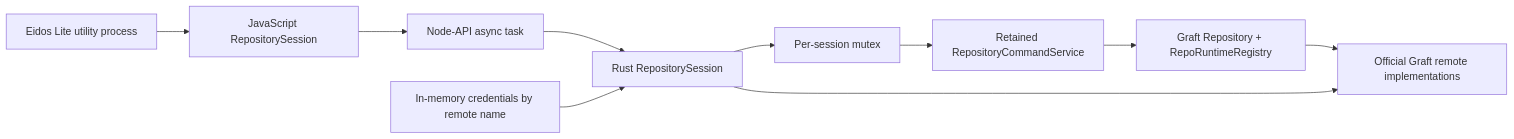
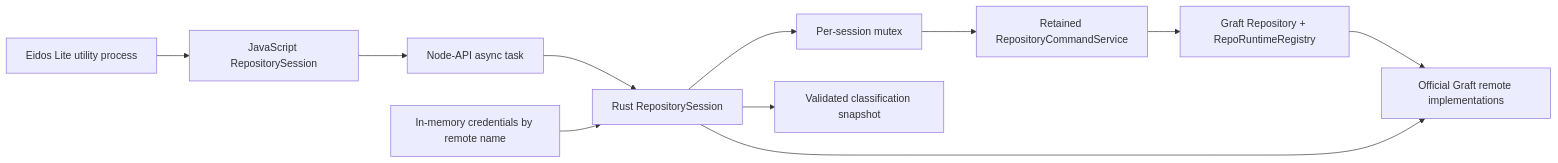
One commit to eidos-space/graft changed the first of 2 diagrams in docs/sdk-architecture.md. Above: the diagram before and after it, drawn with Mermaid. The commit also changed other lines of this file and 13 other files, not shown here.

````diff
--- a/docs/sdk-architecture.md
+++ b/docs/sdk-architecture.md
@@ -23,12 +23,13 @@
 ```mermaid
 flowchart LR
     E["Eidos Lite utility process"] --> J["JavaScript RepositorySession"]
     J --> N["Node-API async task"]
     N --> S["Rust RepositorySession"]
     S --> M["Per-session mutex"]
+    S --> P["Validated classification snapshot"]
     M --> C["Retained RepositoryCommandService"]
     C --> R["Graft Repository + RepoRuntimeRegistry"]
     R --> O["Official Graft remote implementations"]
     K["In-memory credentials by remote name"] --> S
     S --> O
 ```
````
